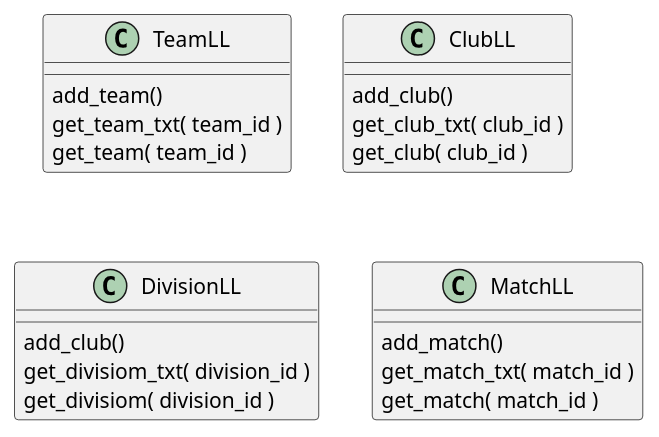
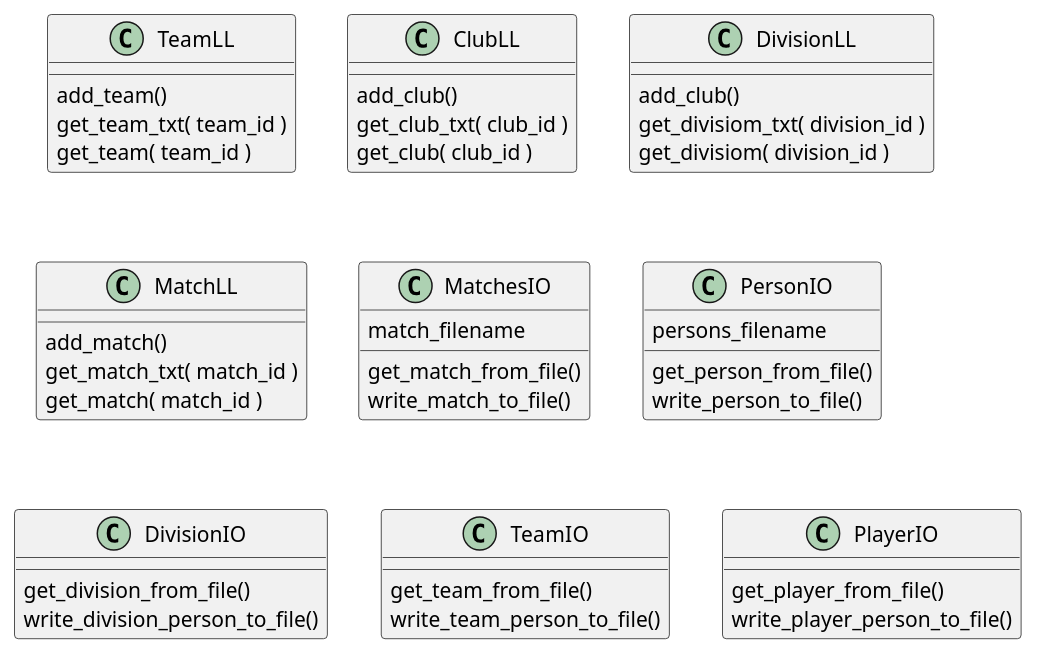
The diagram in Hönnun/ClassDiagram/threeLayer.puml (StankWizardLizard/VNL1-2022-HOPUR-28), drawn with PlantUML before and after one commit.

Commit message:
added colours to threeLayer

```diff
--- a/Hönnun/ClassDiagram/threeLayer.puml
+++ b/Hönnun/ClassDiagram/threeLayer.puml
@@ -1,27 +1,64 @@
 @startuml
+skinparam  class {
+    BackgroundColor<<personnel>> #A9DCDF
+}
+
 
 class TeamLL {
     add_team()
     get_team_txt( team_id )
     get_team( team_id )
 }
 
 class ClubLL {
     add_club()
     get_club_txt( club_id )
     get_club( club_id )
 }
 
 class DivisionLL{
     add_club()
     get_divisiom_txt( division_id )
     get_divisiom( division_id )
 }
 
 class MatchLL {
     add_match()
     get_match_txt( match_id )   
     get_match( match_id )   
 }
 
+
+/'
+Storage layer
+'/
+
+
+
+class MatchesIO{
+    match_filename
+    get_match_from_file()
+    write_match_to_file()
+
+}
+class PersonIO{
+    persons_filename
+    get_person_from_file()
+    write_person_to_file()
+
+}
+class DivisionIO{
+    get_division_from_file()
+    write_division_person_to_file()
+}
+class TeamIO    {
+    get_team_from_file()
+    write_team_person_to_file()
+}
+class PlayerIO  {
+    get_player_from_file()
+    write_player_person_to_file()
+}
+
+
 @enduml
```
